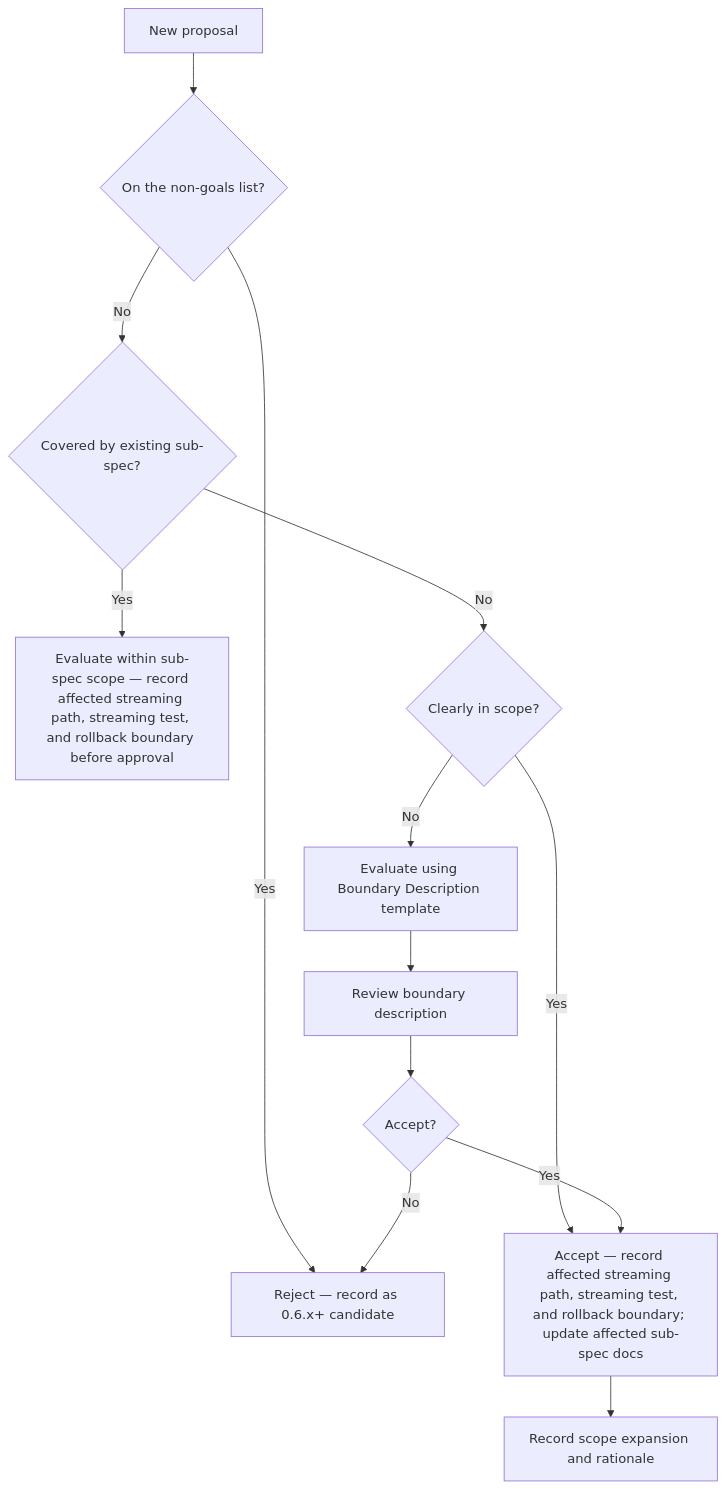
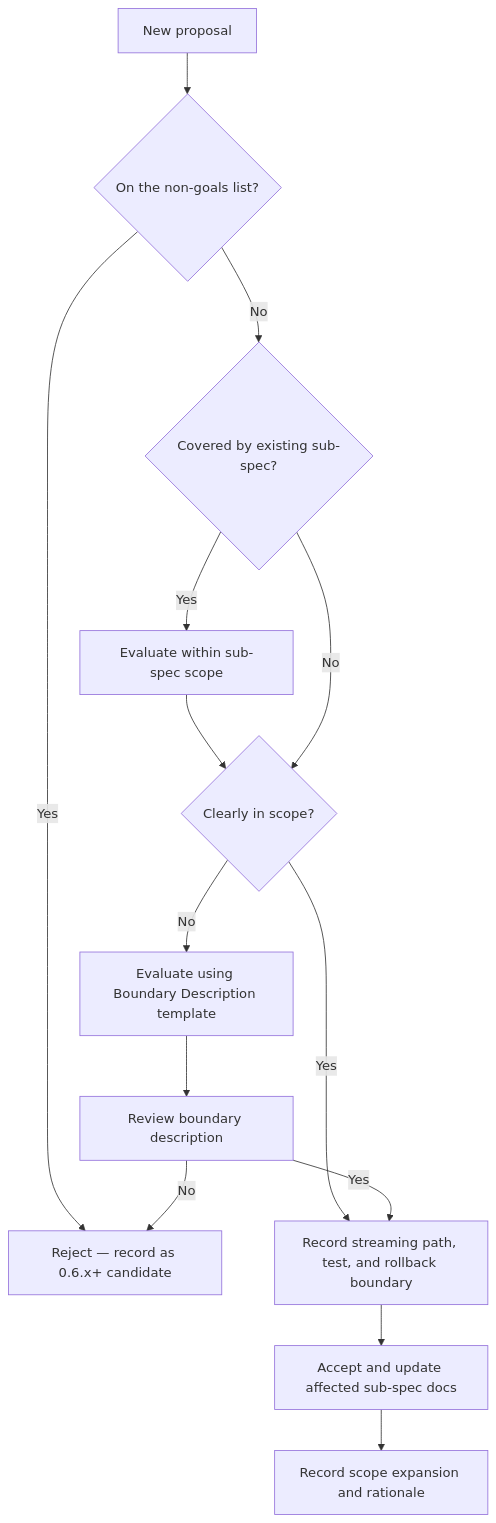
Before and after one commit to cnkang/nginx-markdown-for-agents: the diagram in docs/project/release-gates/scope-creep-evaluation-0-5-0.md, drawn with Mermaid. The commit also changed 727 other files, not shown here.

````diff
--- a/docs/project/release-gates/scope-creep-evaluation-0-5-0.md
+++ b/docs/project/release-gates/scope-creep-evaluation-0-5-0.md
@@ -19,15 +19,16 @@
 ```mermaid
 flowchart TD
     A["New proposal"] --> B{"On the non-goals list?"}
     B -->|Yes| C["Reject — record as 0.6.x+ candidate"]
     B -->|No| D{"Covered by existing sub-spec?"}
-    D -->|Yes| E["Evaluate within sub-spec scope — record affected streaming path, streaming test, and rollback boundary before approval"]
+    D -->|Yes| E["Evaluate within sub-spec scope"]
+    E --> F
     D -->|No| F{"Clearly in scope?"}
-    F -->|Yes| G["Accept — record affected streaming path, streaming test, and rollback boundary; update affected sub-spec docs"]
+    F -->|Yes| I["Record streaming path, test, and rollback boundary"]
     F -->|No| H["Evaluate using Boundary Description template"]
-    H --> I["Review boundary description"]
-    I --> J{"Accept?"}
-    J -->|Yes| G
+    H --> J["Review boundary description"]
+    J -->|Yes| I
     J -->|No| C
+    I --> G["Accept and update affected sub-spec docs"]
     G --> K["Record scope expansion and rationale"]
 ```
````
